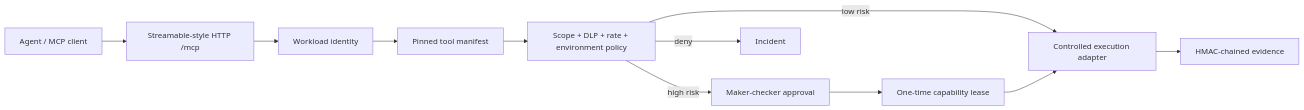
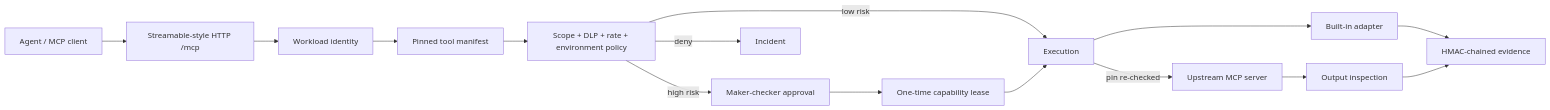
Before and after one commit to danieloza/mcp-security-gateway: the diagram in README.md, drawn with Mermaid. The commit also changed other lines of this file and 6 other files, not shown here.

````diff
--- a/README.md
+++ b/README.md
@@ -59,13 +64,17 @@
 ```mermaid
 flowchart LR
   Client["Agent / MCP client"] --> Transport["Streamable-style HTTP /mcp"]
   Transport --> Identity["Workload identity"]
   Identity --> Manifest["Pinned tool manifest"]
   Manifest --> Policy["Scope + DLP + rate + environment policy"]
-  Policy -->|low risk| Execute["Controlled execution adapter"]
+  Policy -->|low risk| Execute["Execution"]
   Policy -->|high risk| Approval["Maker-checker approval"]
   Approval --> Lease["One-time capability lease"]
   Lease --> Execute
   Policy -->|deny| Incident["Incident"]
-  Execute --> Evidence["HMAC-chained evidence"]
+  Execute --> Adapter["Built-in adapter"]
+  Execute -->|pin re-checked| Upstream["Upstream MCP server"]
+  Upstream --> Inspect["Output inspection"]
+  Adapter --> Evidence["HMAC-chained evidence"]
+  Inspect --> Evidence
 ```
````
